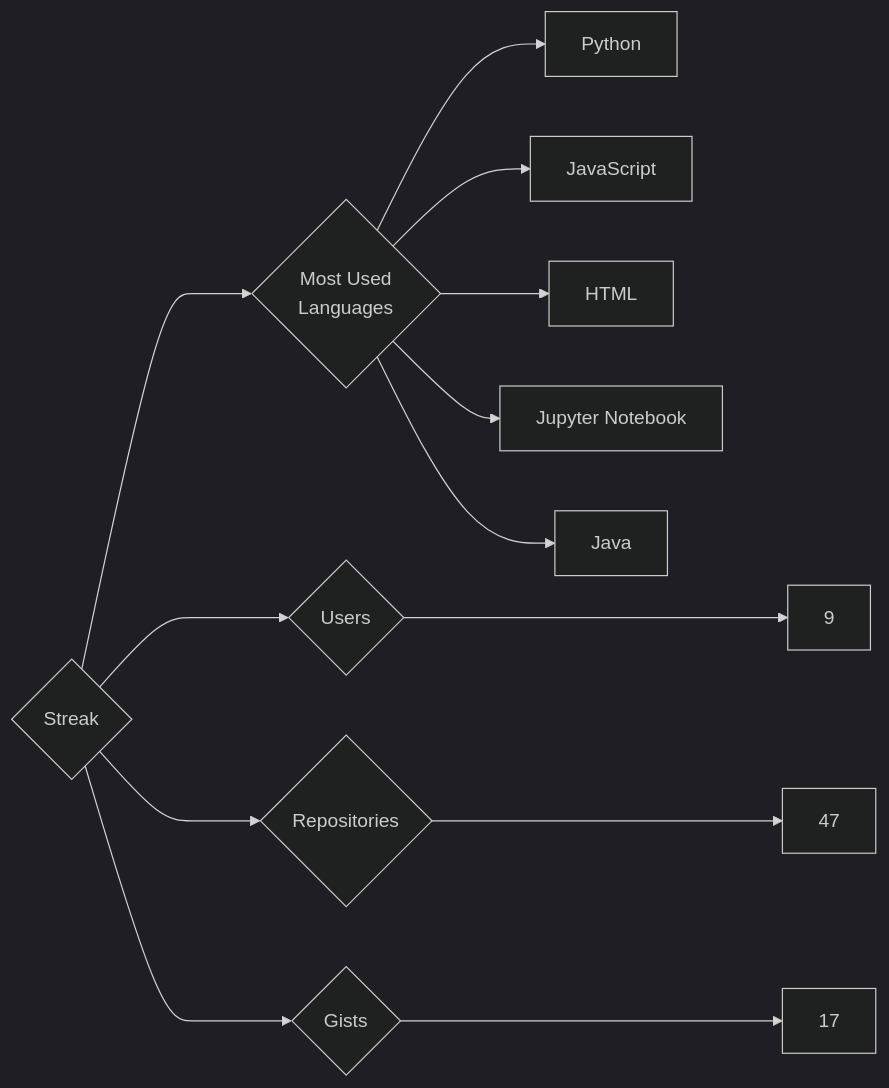
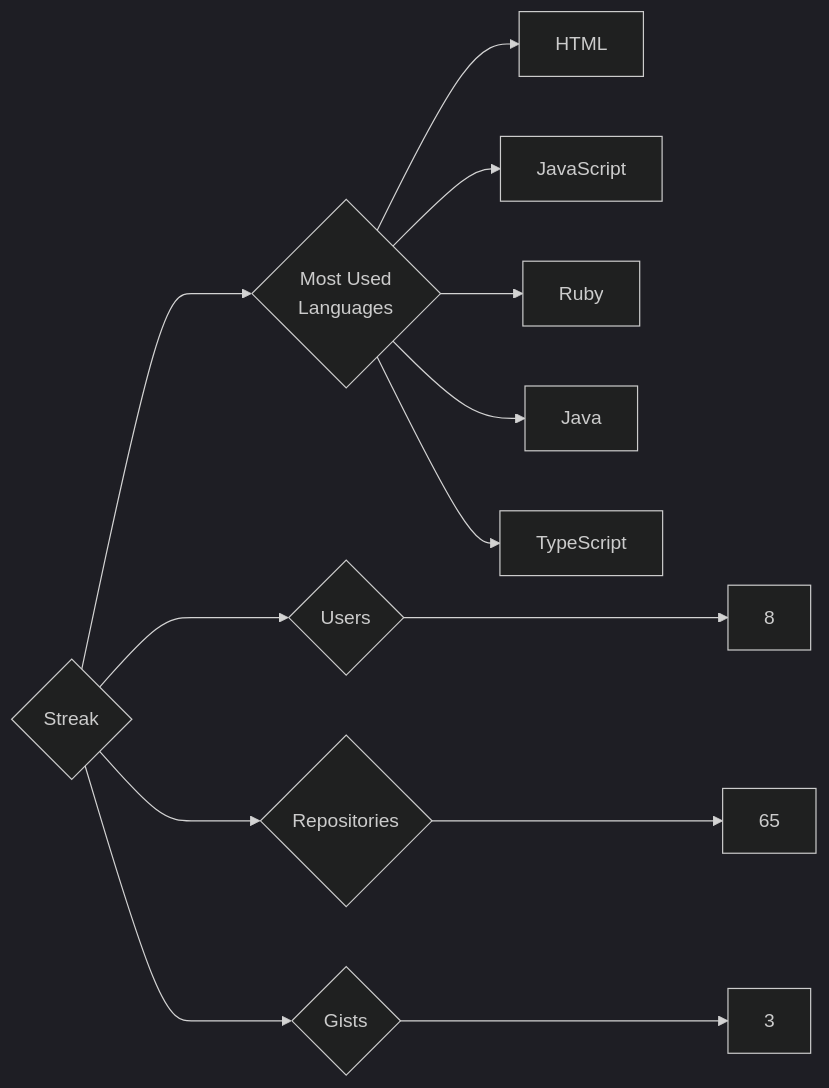
Before and after one commit to trickest/insiders: the diagram in targets/Streak/README.md, drawn with Mermaid (dark theme). The commit also changed 1696 other files, not shown here.

````diff
--- a/targets/Streak/README.md
+++ b/targets/Streak/README.md
@@ -3,13 +3,13 @@
 ```mermaid
 graph LR
 COMPANY_NAME{Streak}
-COMPANY_NAME ---> U{Users} ---> UN[9]
-COMPANY_NAME ---> R{Repositories} ---> RN[47]
-COMPANY_NAME ---> G{Gists} ---> GN[17]
+COMPANY_NAME ---> U{Users} ---> UN[8]
+COMPANY_NAME ---> R{Repositories} ---> RN[65]
+COMPANY_NAME ---> G{Gists} ---> GN[3]
 COMPANY_NAME ---> ML{Most Used<br>Languages}
-ML --> Python[Python]
+ML --> HTML[HTML]
 ML --> JavaScript[JavaScript]
-ML --> HTML[HTML]
-ML --> Jupyter_Notebook[Jupyter Notebook]
+ML --> Ruby[Ruby]
 ML --> Java[Java]
+ML --> TypeScript[TypeScript]
 ```
````
